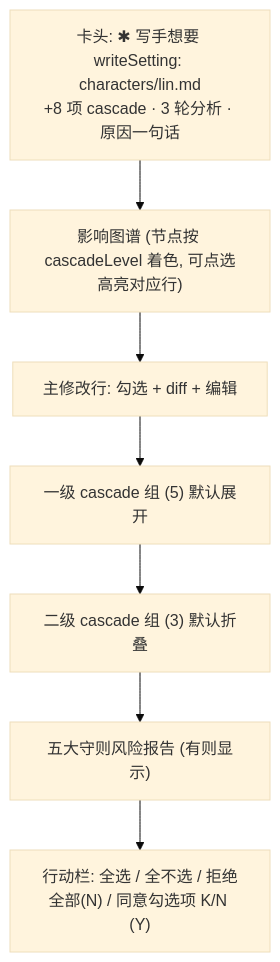
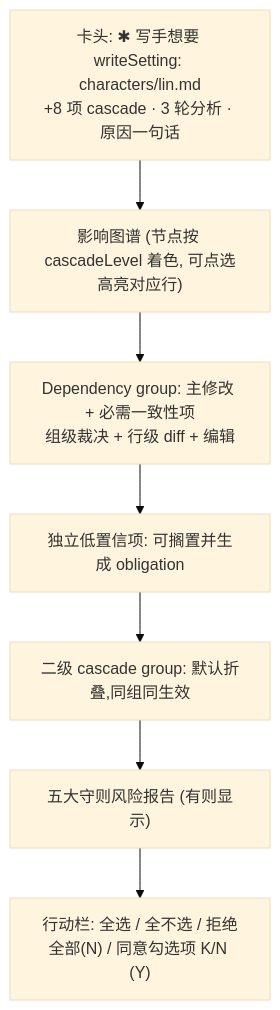
One commit to jinhuang712/open-novel changed the diagram in design/02-approval-cascade.md. Above: the diagram before and after it, drawn with Mermaid (base theme). The commit also changed other lines of this file and 12 other files, not shown here.

````diff
--- a/design/02-approval-cascade.md
+++ b/design/02-approval-cascade.md
@@ -9,11 +9,11 @@
 ```mermaid
 flowchart TB
   H["卡头: ✱ 写手想要 writeSetting: characters/lin.md<br/>+8 项 cascade · 3 轮分析 · 原因一句话"]
   G["影响图谱 (节点按 cascadeLevel 着色, 可点选高亮对应行)"]
-  M["主修改行: 勾选 + diff + 编辑"]
-  C1["一级 cascade 组 (5) 默认展开"]
-  C2["二级 cascade 组 (3) 默认折叠"]
+  M["Dependency group: 主修改 + 必需一致性项<br/>组级裁决 + 行级 diff + 编辑"]
+  C1["独立低置信项: 可搁置并生成 obligation"]
+  C2["二级 cascade group: 默认折叠,同组同生效"]
   R["五大守则风险报告 (有则显示)"]
   A["行动栏: 全选 / 全不选 / 拒绝全部(N) / 同意勾选项 K/N (Y)"]
   H --> G --> M --> C1 --> C2 --> R --> A
 ```
````
